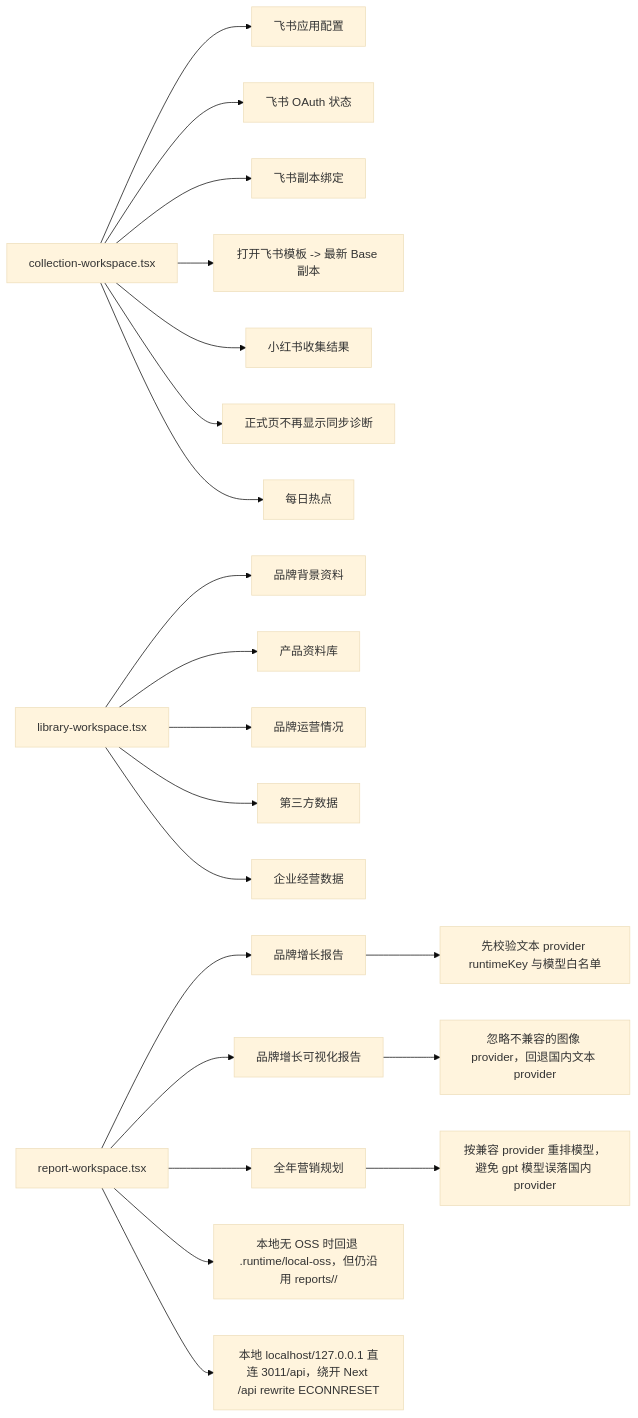
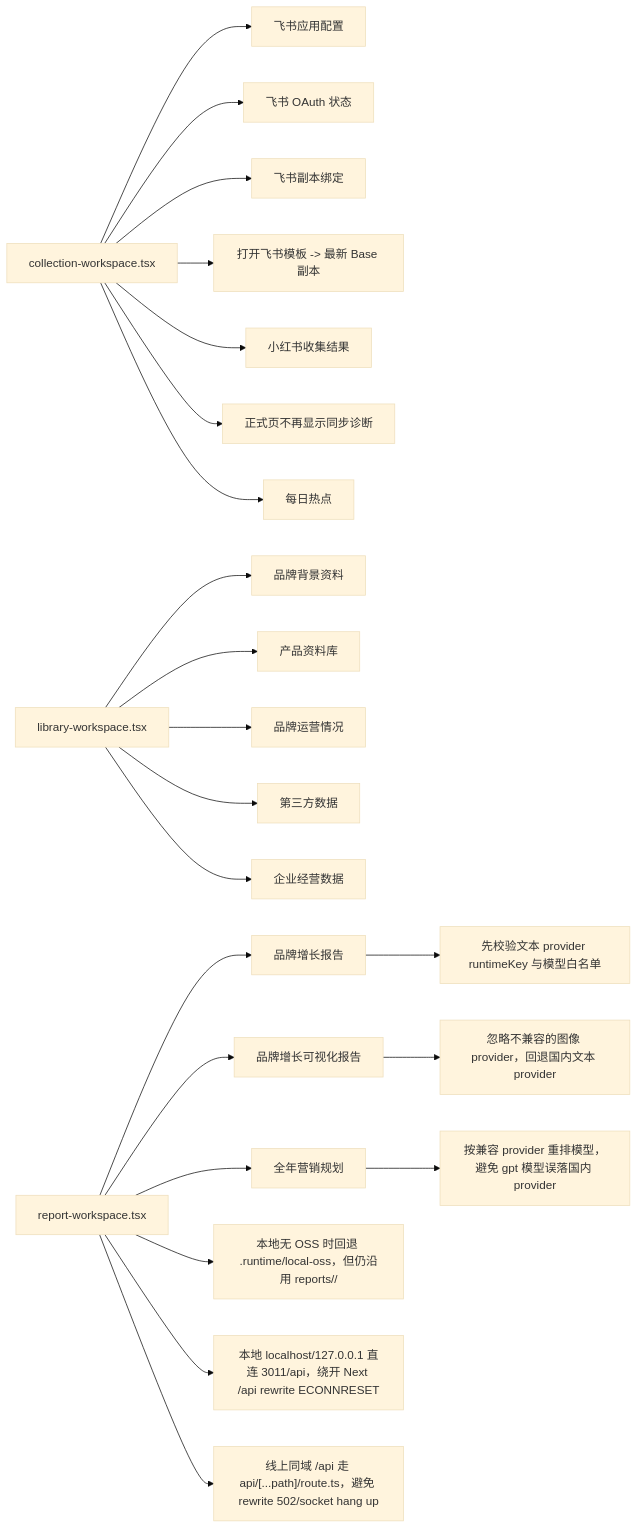
One commit to Depthukesh/ai-omni-ops-system changed the fourth of 11 diagrams in docs/site-map-mermaid.md. Above: the diagram before and after it, drawn with Mermaid (base theme). The commit also changed other lines of this file and 6 other files, not shown here.

````diff
--- a/docs/site-map-mermaid.md
+++ b/docs/site-map-mermaid.md
@@ -180,28 +180,29 @@
 ```mermaid
 flowchart LR
     A["collection-workspace.tsx"]
     A --> A1["飞书应用配置"]
     A --> A2["飞书 OAuth 状态"]
     A --> A3["飞书副本绑定"]
     A --> A31["打开飞书模板 -> 最新 Base 副本"]
     A --> A4["小红书收集结果"]
     A --> A41["正式页不再显示同步诊断"]
     A --> A5["每日热点"]
 
     B["library-workspace.tsx"]
     B --> B1["品牌背景资料"]
     B --> B2["产品资料库"]
     B --> B3["品牌运营情况"]
     B --> B4["第三方数据"]
     B --> B5["企业经营数据"]
 
     C["report-workspace.tsx"]
     C --> C1["品牌增长报告"]
     C --> C2["品牌增长可视化报告"]
     C --> C3["全年营销规划"]
     C1 --> C11["先校验文本 provider runtimeKey 与模型白名单"]
     C2 --> C12["忽略不兼容的图像 provider，回退国内文本 provider"]
     C3 --> C13["按兼容 provider 重排模型，避免 gpt 模型误落国内 provider"]
     C --> C14["本地无 OSS 时回退 .runtime/local-oss，但仍沿用 reports/<brandId>/<fileName>"]
     C --> C15["本地 localhost/127.0.0.1 直连 3011/api，绕开 Next /api rewrite ECONNRESET"]
+    C --> C16["线上同域 /api 走 api/[...path]/route.ts，避免 rewrite 502/socket hang up"]
 ```
````
